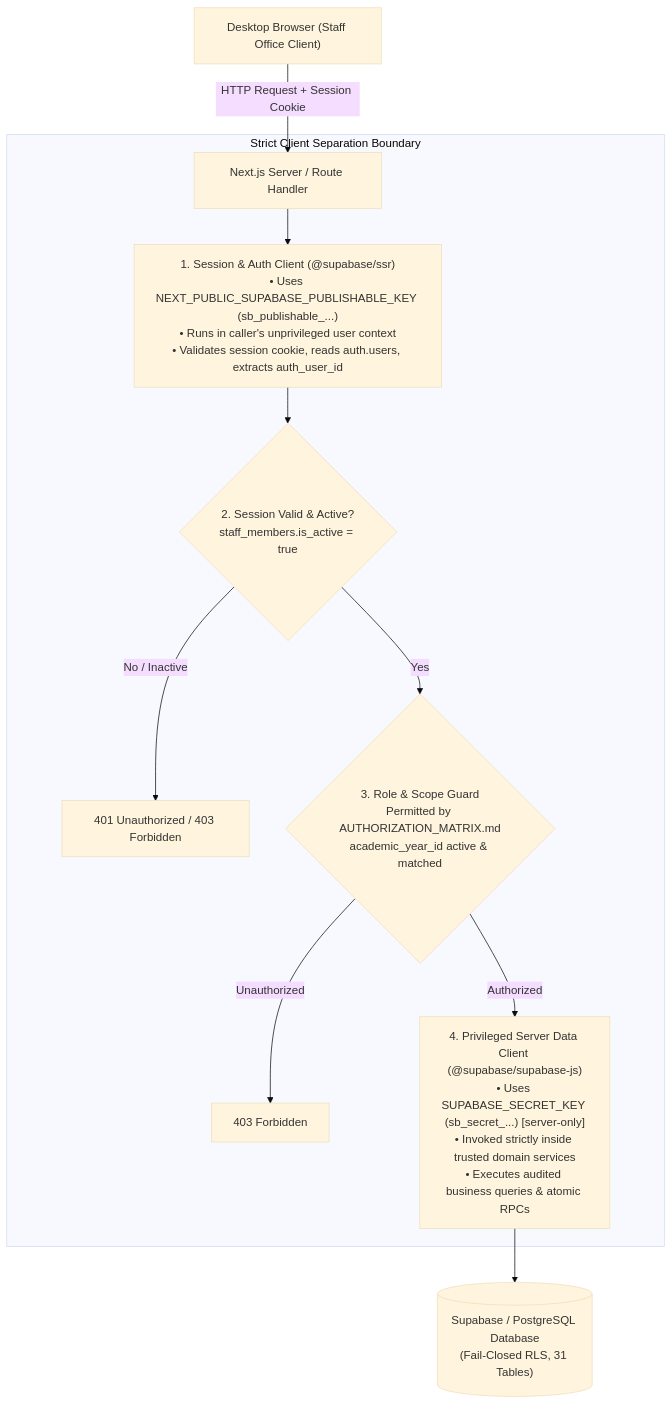
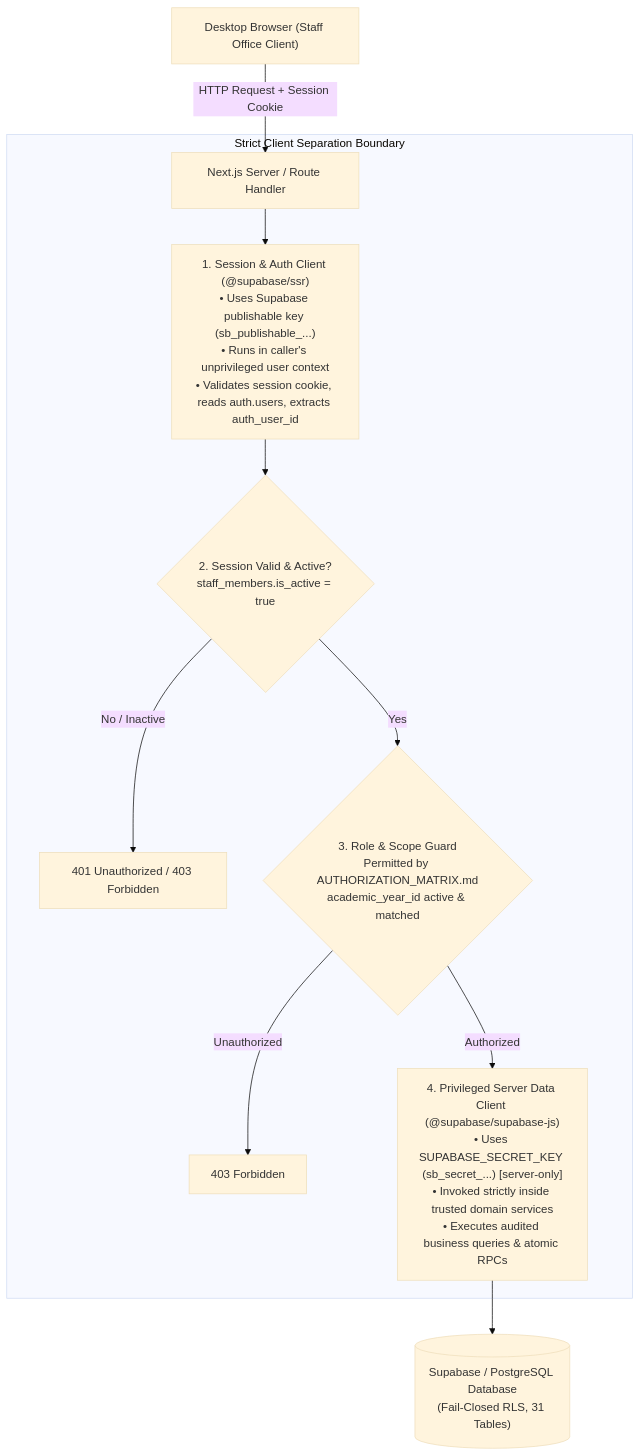
One commit to Intallo/Admission-Fee-Management-Portal changed the first of 2 diagrams in docs/adr/ADR-001-modular-monolith.md. Above: the diagram before and after it, drawn with Mermaid (base theme). The commit also changed other lines of this file, not shown here.

Commit message:
docs(adr): update ADR-001 with Supabase API Key Policy and Atomic Financial Operations

````diff
--- a/docs/adr/ADR-001-modular-monolith.md
+++ b/docs/adr/ADR-001-modular-monolith.md
@@ -75,19 +76,19 @@
 ```mermaid
 flowchart TD
     Browser["Desktop Browser (Staff Office Client)"]
     -->|HTTP Request + Session Cookie| NextServer["Next.js Server / Route Handler"]
 
     subgraph ClientSeparation ["Strict Client Separation Boundary"]
-        NextServer --> SSRClient["1. Session & Auth Client (@supabase/ssr)<br>• Uses NEXT_PUBLIC_SUPABASE_PUBLISHABLE_KEY (sb_publishable_...)<br>• Runs in caller's unprivileged user context<br>• Validates session cookie, reads auth.users, extracts auth_user_id"]
+        NextServer --> SSRClient["1. Session & Auth Client (@supabase/ssr)<br>• Uses Supabase publishable key (sb_publishable_...)<br>• Runs in caller's unprivileged user context<br>• Validates session cookie, reads auth.users, extracts auth_user_id"]
         
         SSRClient --> AuthGuard{"2. Session Valid & Active?<br>staff_members.is_active = true"}
         AuthGuard -->|No / Inactive| Reject["401 Unauthorized / 403 Forbidden"]
         
         AuthGuard -->|Yes| RBACGuard{"3. Role & Scope Guard<br>Permitted by AUTHORIZATION_MATRIX.md<br>academic_year_id active & matched"}
         RBACGuard -->|Unauthorized| Deny["403 Forbidden"]
         
         RBACGuard -->|Authorized| DataClient["4. Privileged Server Data Client (@supabase/supabase-js)<br>• Uses SUPABASE_SECRET_KEY (sb_secret_...) [server-only]<br>• Invoked strictly inside trusted domain services<br>• Executes audited business queries & atomic RPCs"]
     end
 
     DataClient --> PostgreSQL[("Supabase / PostgreSQL Database<br>(Fail-Closed RLS, 31 Tables)")]
 ```
````
